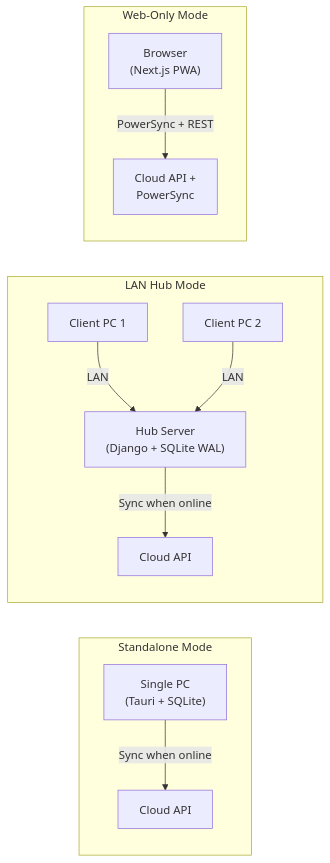
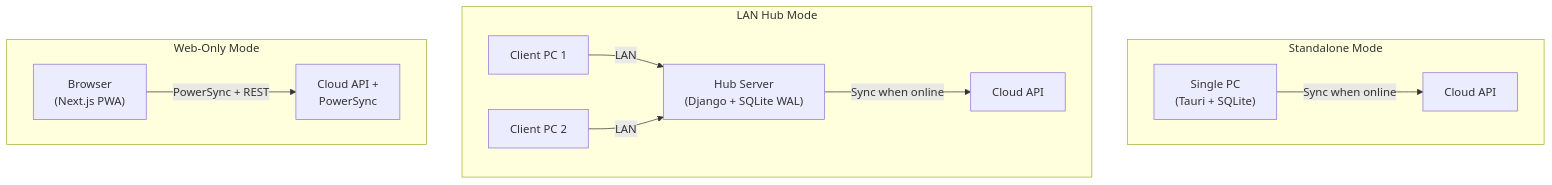
One commit to nexora-africa-ltd/vitora changed the second of 20 diagrams in docs/architecture-diagrams.md. Above: the diagram before and after it, drawn with Mermaid. The commit also changed other lines of this file and 1 other file, not shown here.

First line of the commit message:
feat(infra): provision web Front Door and update architecture

````diff
--- a/docs/architecture-diagrams.md
+++ b/docs/architecture-diagrams.md
@@ -68,21 +67,21 @@
 ```mermaid
-graph LR
+graph TB
     subgraph Mode1["Standalone Mode"]
         S1["Single PC<br/>(Tauri + SQLite)"]
         S1 -->|"Sync when online"| CLOUD1["Cloud API"]
     end
 
     subgraph Mode2["LAN Hub Mode"]
         H["Hub Server<br/>(Django + SQLite WAL)"]
         C1["Client PC 1"]
         C2["Client PC 2"]
         C1 -->|LAN| H
         C2 -->|LAN| H
         H -->|"Sync when online"| CLOUD2["Cloud API"]
     end
 
     subgraph Mode3["Web-Only Mode"]
         B["Browser<br/>(Next.js PWA)"]
         B -->|"PowerSync + REST"| CLOUD3["Cloud API +<br/>PowerSync"]
     end
 ```
````
